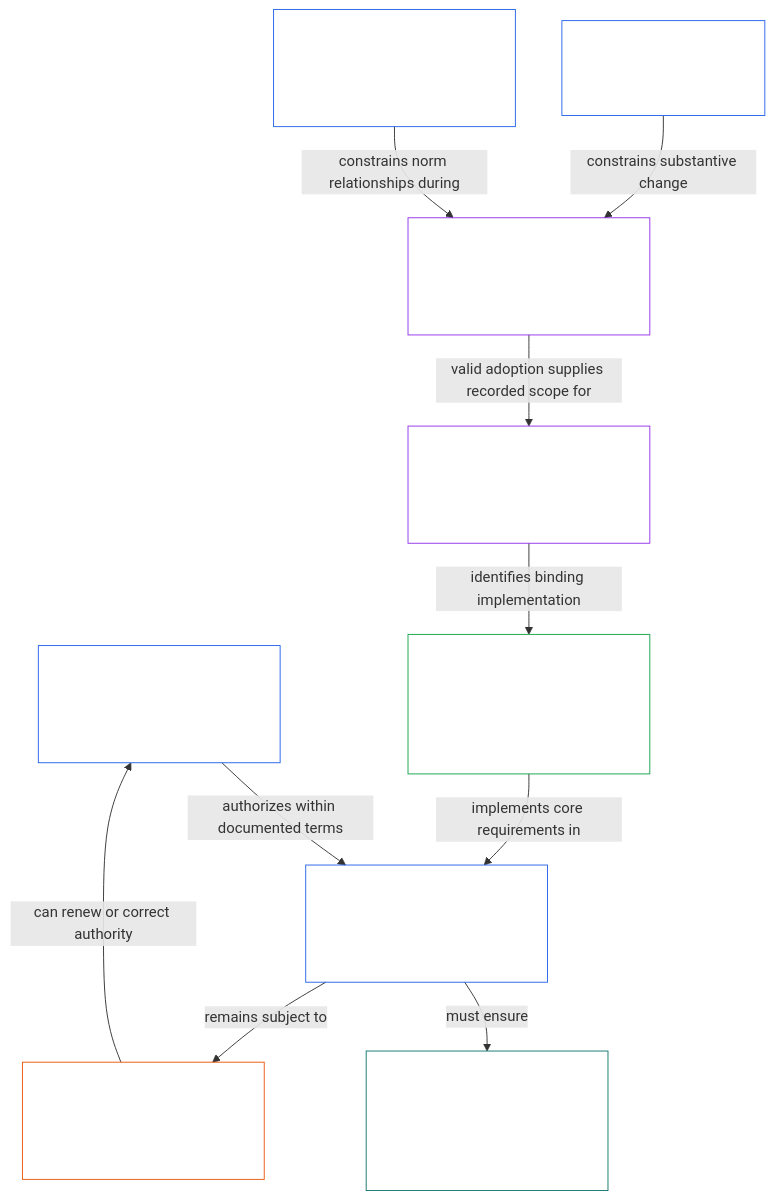
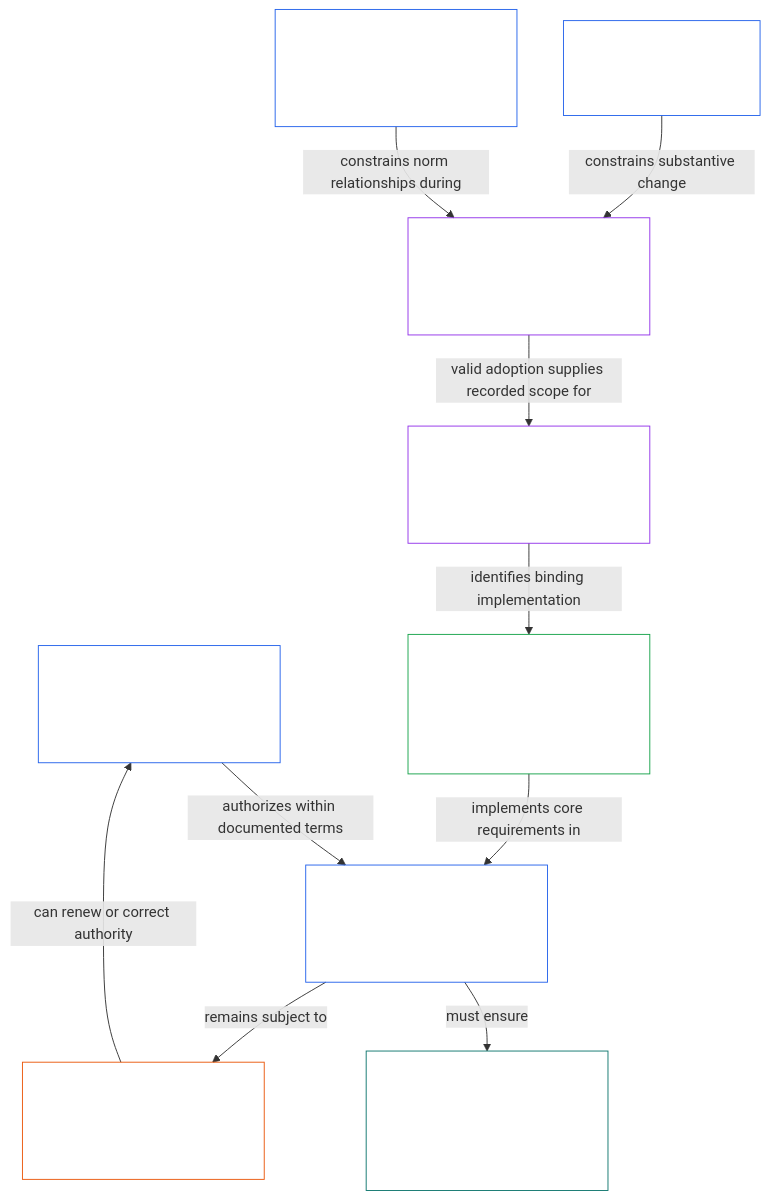
One commit to kfoelsch/Sentient_Constitution changed diagram 21 of 24 in guides/CONCEPTUAL_OVERVIEW.md. Above: the diagram before and after it, drawn with Mermaid. The commit also changed other lines of this file and 365 other files, not shown here.

First line of the commit message:
Add Chapter Twenty-Four: Assemblies; archive finished drafts (moves 927-928)

````diff
--- a/guides/CONCEPTUAL_OVERVIEW.md
+++ b/guides/CONCEPTUAL_OVERVIEW.md
@@ -1069,30 +1070,30 @@
 ```mermaid
 flowchart TB
-    A["Chapter Twenty-Six<br/><br/>Documented legitimacy mechanism"]
+    A["Chapter Twenty-Seven<br/><br/>Documented legitimacy mechanism"]
     G["Authorized governing roles<br/><br/>Stated scope, limits and competent stewards"]
     P["Participation inside authorized systems<br/><br/>Voice and challenge paths for affected sentients"]
     R["Contestation, correction<br/><br/>and reauthorization where applicable"]
-    N["Chapter Twenty-Seven<br/><br/>Non-regression"]
-    U["Chapter Twenty-Eight<br/><br/>Amendment, ratification and adoption procedures"]
-    H["Chapter Twenty-Nine<br/><br/>Supremacy within scope and external-law relations"]
-    B["Chapter Thirty<br/><br/>Incorporation, edition and custody"]
+    N["Chapter Twenty-Eight<br/><br/>Non-regression"]
+    U["Chapter Twenty-Nine<br/><br/>Amendment, ratification and adoption procedures"]
+    H["Chapter Thirty<br/><br/>Supremacy within scope and external-law relations"]
+    B["Chapter Thirty-One<br/><br/>Incorporation, edition and custody"]
     I["Adopted implementation obligations<br/><br/>Systems · Institutions · Forums · Joint structure"]
     A -->|authorizes within documented terms| G
     G -->|must ensure| P
     G -->|remains subject to| R
     R -->|can renew or correct authority| A
     N -->|constrains substantive change| U
     H -->|constrains norm relationships during| U
     U -->|valid adoption supplies recorded scope for| B
     B -->|identifies binding implementation| I
     I -->|implements core requirements in| G
     style A fill:none,stroke:#2563eb,color:#ffffff
     style G fill:none,stroke:#2563eb,color:#ffffff
     style P fill:none,stroke:#0f766e,color:#ffffff
     style R fill:none,stroke:#ea580c,color:#ffffff
     style N fill:none,stroke:#2563eb,color:#ffffff
     style H fill:none,stroke:#2563eb,color:#ffffff
     style U fill:none,stroke:#9333ea,color:#ffffff
     style B fill:none,stroke:#9333ea,color:#ffffff
     style I fill:none,stroke:#16a34a,color:#ffffff
 ```
````
